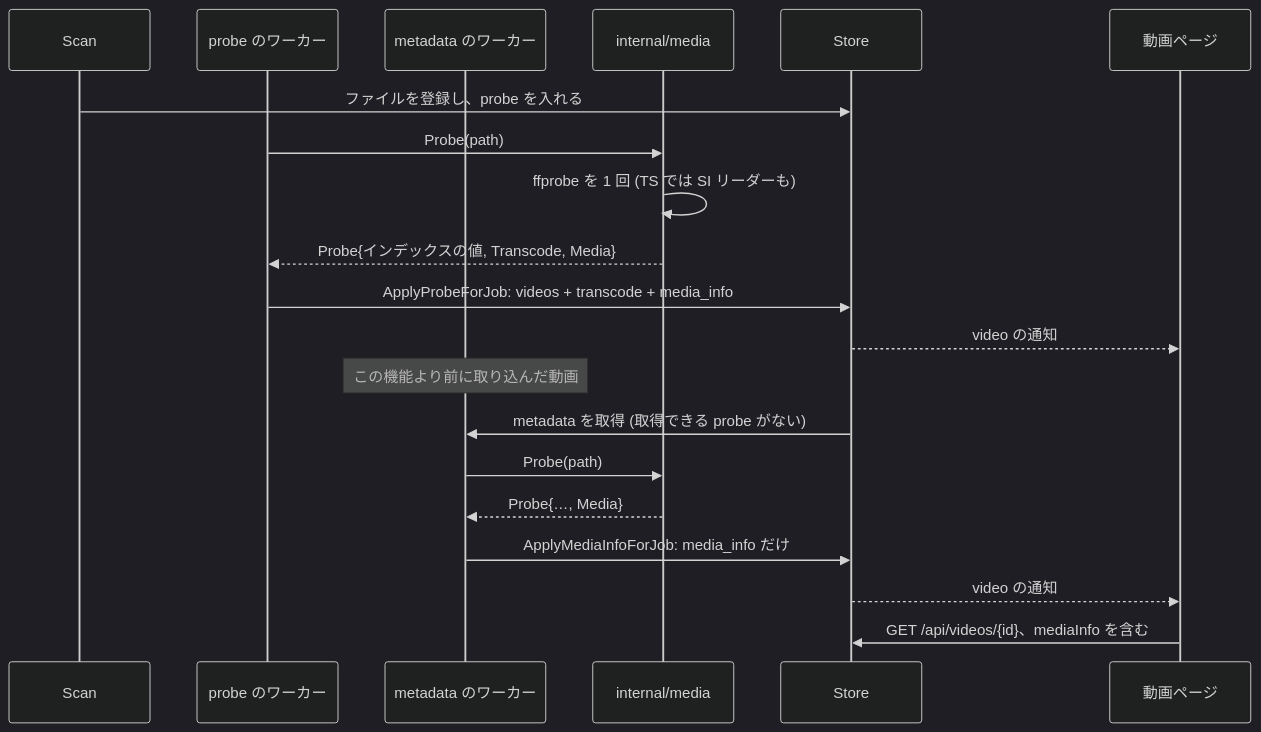
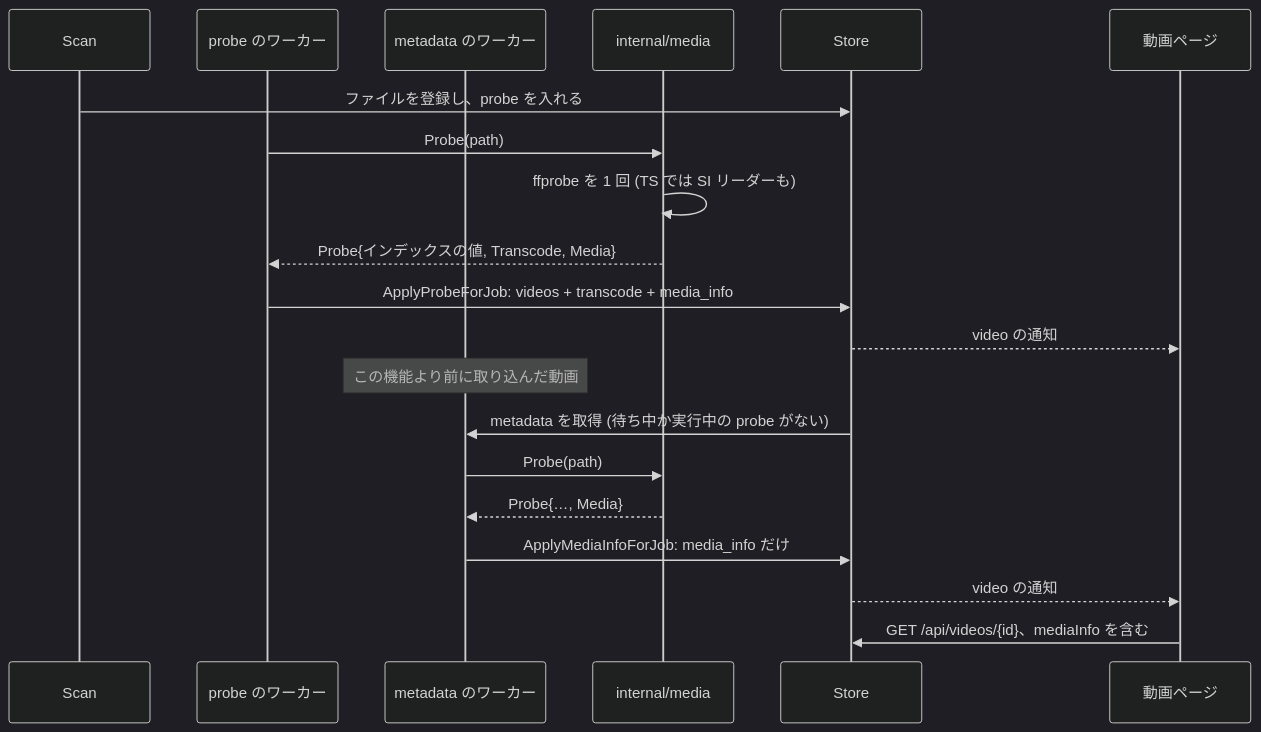
One commit to syudead/vv changed the first of 2 diagrams in translations/ja/specs/056-media-info/plan.md. Above: the diagram before and after it, drawn with Mermaid (dark theme). The commit also changed other lines of this file and 3 other files, not shown here.

````diff
--- a/translations/ja/specs/056-media-info/plan.md
+++ b/translations/ja/specs/056-media-info/plan.md
@@ -31,22 +31,22 @@
 ```mermaid
 sequenceDiagram
   participant Scan as Scan
   participant Probe as probe のワーカー
   participant Meta as metadata のワーカー
   participant Media as internal/media
   participant Store as Store
   participant Page as 動画ページ
   Scan->>Store: ファイルを登録し、probe を入れる
   Probe->>Media: Probe(path)
   Media->>Media: ffprobe を 1 回 (TS では SI リーダーも)
   Media-->>Probe: Probe{インデックスの値, Transcode, Media}
   Probe->>Store: ApplyProbeForJob: videos + transcode + media_info
   Store-->>Page: video の通知
   Note over Meta: この機能より前に取り込んだ動画
-  Store->>Meta: metadata を取得 (取得できる probe がない)
+  Store->>Meta: metadata を取得 (待ち中か実行中の probe がない)
   Meta->>Media: Probe(path)
   Media-->>Meta: Probe{…, Media}
   Meta->>Store: ApplyMediaInfoForJob: media_info だけ
   Store-->>Page: video の通知
   Page->>Store: GET /api/videos/{id}、mediaInfo を含む
 ```
````
